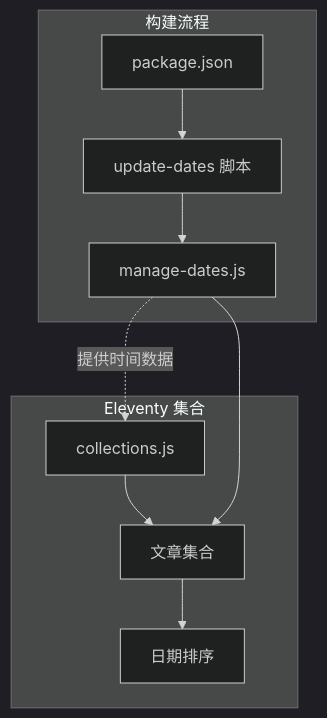
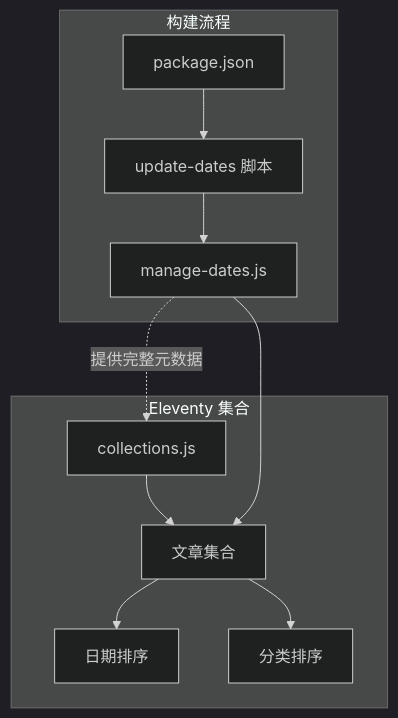
The seventh of 7 diagrams in .qoder/repowiki/zh/content/构建与部署/自动化脚本/日期管理脚本.md (FXnadu/rainyNight-11ty), drawn with Mermaid (dark theme) before and after one commit. The commit also changed other lines of this file and 79 other files, not shown here.

````diff
--- a/.qoder/repowiki/zh/content/构建与部署/自动化脚本/日期管理脚本.md
+++ b/.qoder/repowiki/zh/content/构建与部署/自动化脚本/日期管理脚本.md
@@ -246,13 +336,14 @@
 ```mermaid
 graph TB
 subgraph "构建流程"
 NPM[package.json] --> UpdateDates["update-dates 脚本"]
 UpdateDates --> ManageDates[manage-dates.js]
 end
 subgraph "Eleventy 集合"
 Collections[collections.js] --> Posts[文章集合]
 Posts --> DateSorting[日期排序]
+Posts --> CategorySorting[分类排序]
 end
 ManageDates --> Posts
-ManageDates -. 提供时间数据 .-> Collections
+ManageDates -. 提供完整元数据 .-> Collections
 ```
````
